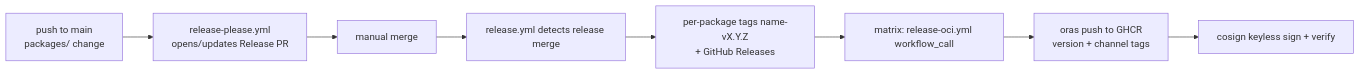
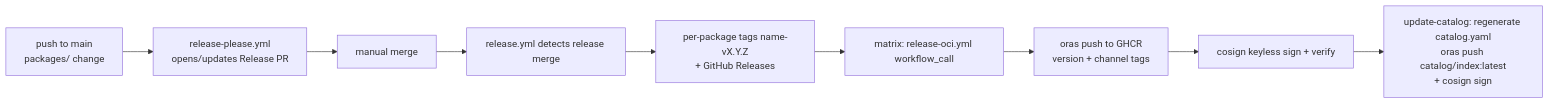
Before and after one commit to 7K-Inari/inari-catalog: the diagram in docs/release-process.md, drawn with Mermaid. The commit also changed other lines of this file and 2 other files, not shown here.

First line of the commit message:
ci: publish catalog.yaml as OCI index artifact on release

````diff
--- a/docs/release-process.md
+++ b/docs/release-process.md
@@ -15,10 +16,11 @@
 ```mermaid
 flowchart LR
   A[push to main<br/>packages/<name> change] --> B[release-please.yml<br/>opens/updates Release PR]
   B --> C[manual merge]
   C --> D[release.yml detects release merge]
   D --> E[per-package tags name-vX.Y.Z<br/>+ GitHub Releases]
   E --> F[matrix: release-oci.yml workflow_call]
   F --> G[oras push to GHCR<br/>version + channel tags]
   G --> H[cosign keyless sign + verify]
+  H --> I[update-catalog: regenerate catalog.yaml<br/>oras push catalog/index:latest<br/>+ cosign sign]
 ```
````
